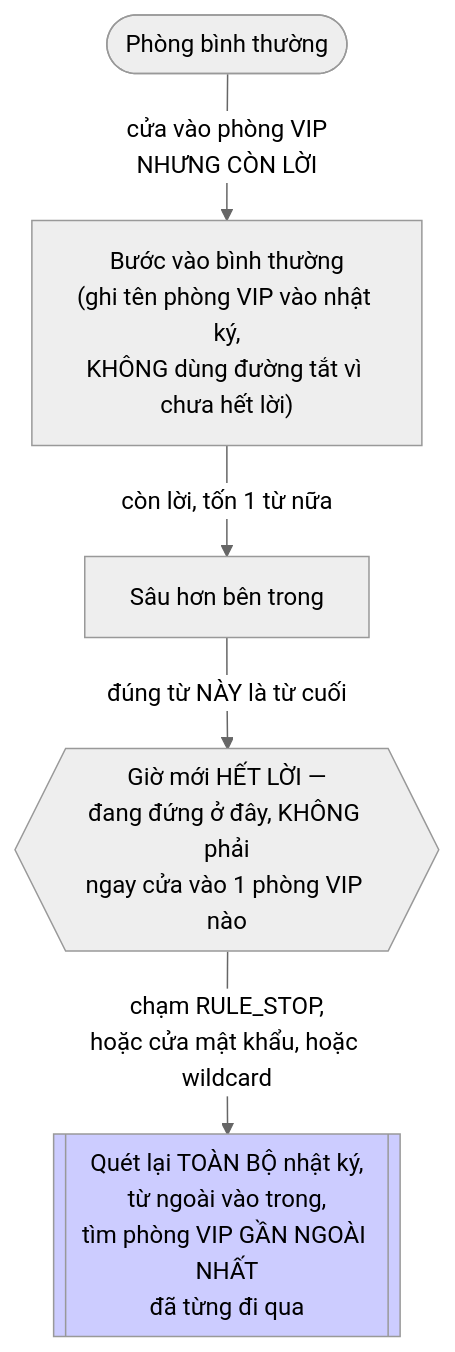
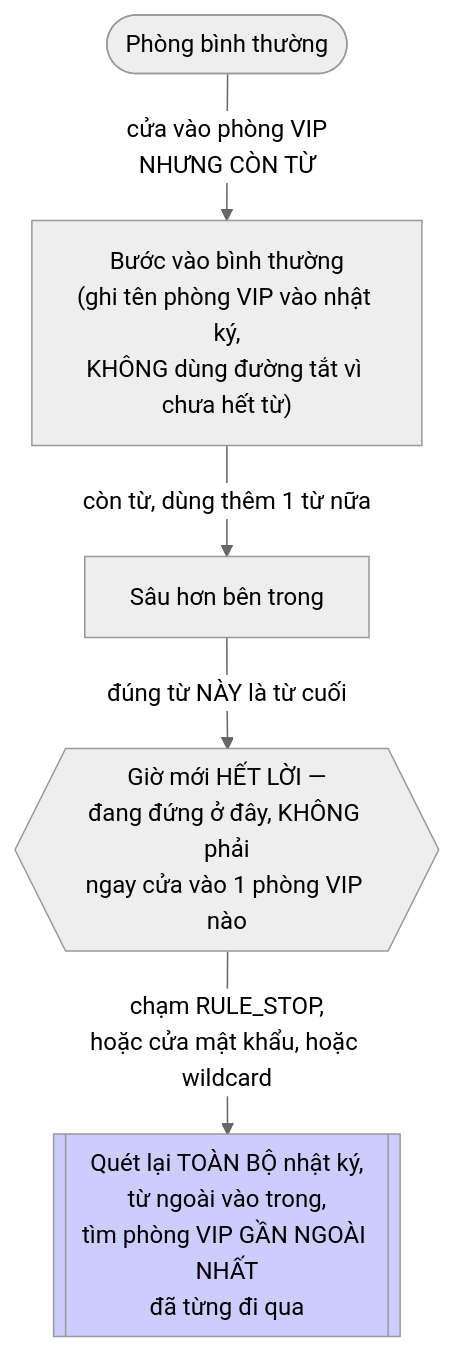
Before and after one commit to namnv98/naviq: the ninth of 9 diagrams in flow.md, drawn with Mermaid (neutral theme). The commit also changed other lines of this file and 3 other files, not shown here.

````diff
--- a/flow.md
+++ b/flow.md
@@ -360,8 +398,8 @@
 ```mermaid
 flowchart TD
-    R1([Phòng bình thường]) -->|" cửa vào phòng VIP<br/>NHƯNG CÒN LỜI "| GEinside["Bước vào bình thường<br/>(ghi tên phòng VIP vào nhật ký,<br/>KHÔNG dùng đường tắt vì chưa hết lời)"]
-    GEinside -->|còn lời, tốn 1 từ nữa| deeper[Sâu hơn bên trong]
+    R1([Phòng bình thường]) -->|" cửa vào phòng VIP<br/>NHƯNG CÒN TỪ "| GEinside["Bước vào bình thường<br/>(ghi tên phòng VIP vào nhật ký,<br/>KHÔNG dùng đường tắt vì chưa hết từ)"]
+    GEinside -->|còn từ, dùng thêm 1 từ nữa| deeper[Sâu hơn bên trong]
     deeper -->|" đúng từ NÀY là từ cuối "| hitCaret{{"Giờ mới HẾT LỜI —<br/>đang đứng ở đây, KHÔNG phải<br/>ngay cửa vào 1 phòng VIP nào"}}
     hitCaret -->|" chạm RULE_STOP,<br/>hoặc cửa mật khẩu, hoặc wildcard "| fallback[["Quét lại TOÀN BỘ nhật ký,<br/>từ ngoài vào trong,<br/>tìm phòng VIP GẦN NGOÀI NHẤT<br/>đã từng đi qua"]]
     style fallback fill: #ccf
 ```
````
